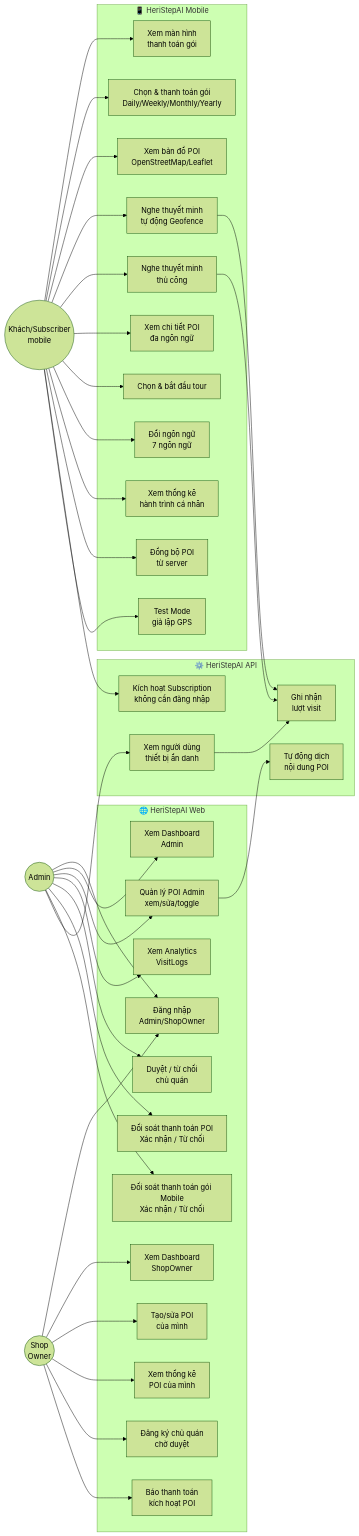
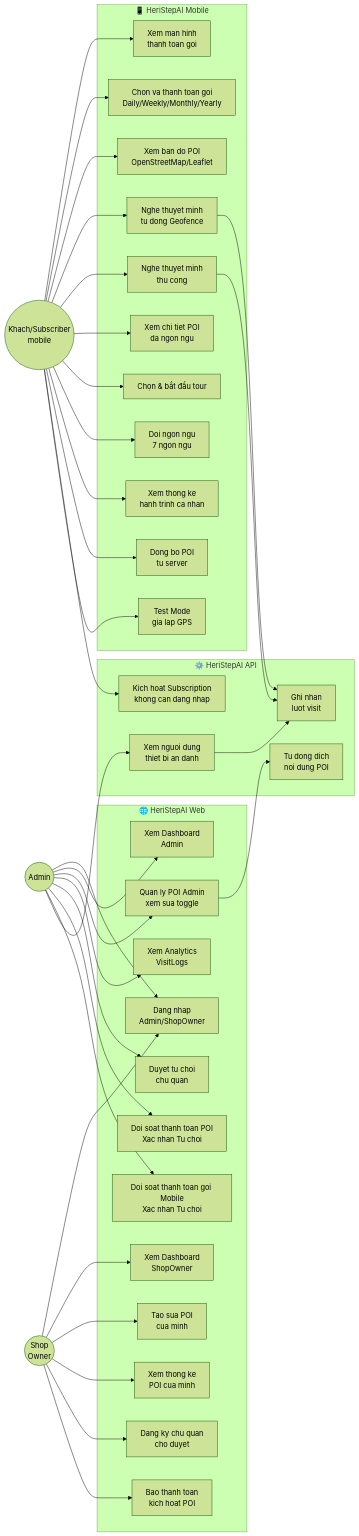
The seventh of 44 diagrams in docs/PRODUCT_REQUIREMENTS.md (KhanhChung2k5/k_tour), drawn with Mermaid (forest theme) before and after one commit. The commit also changed other lines of this file, not shown here.

Commit message:
Fix display diagram on github

````diff
--- a/docs/PRODUCT_REQUIREMENTS.md
+++ b/docs/PRODUCT_REQUIREMENTS.md
@@ -661,76 +661,76 @@
 ```mermaid
 graph LR
-    Guest((Khách/Subscriber\nmobile))
-    ShopOwner((Shop\nOwner))
+    Guest((Khach/Subscriber<br/>mobile))
+    ShopOwner((Shop<br/>Owner))
     Admin((Admin))
 
     subgraph Mobile["📱 HeriStepAI Mobile"]
-        UC1[Xem màn hình\nthanh toán gói]
-        UC2[Chọn & thanh toán gói\nDaily/Weekly/Monthly/Yearly]
-        UC3[Xem bản đồ POI\nOpenStreetMap/Leaflet]
-        UC4[Nghe thuyết minh\ntự động Geofence]
-        UC5[Nghe thuyết minh\nthủ công]
-        UC6[Xem chi tiết POI\nđa ngôn ngữ]
+        UC1[Xem man hinh<br/>thanh toan goi]
+        UC2[Chon va thanh toan goi<br/>Daily/Weekly/Monthly/Yearly]
+        UC3[Xem ban do POI<br/>OpenStreetMap/Leaflet]
+        UC4[Nghe thuyet minh<br/>tu dong Geofence]
+        UC5[Nghe thuyet minh<br/>thu cong]
+        UC6[Xem chi tiet POI<br/>da ngon ngu]
         UC7[Chọn & bắt đầu tour]
-        UC8[Đổi ngôn ngữ\n7 ngôn ngữ]
-        UC9[Xem thống kê\nhành trình cá nhân]
-        UC10[Đồng bộ POI\ntừ server]
-        UC11[Test Mode\ngiả lập GPS]
+        UC8[Doi ngon ngu<br/>7 ngon ngu]
+        UC9[Xem thong ke<br/>hanh trinh ca nhan]
+        UC10[Dong bo POI<br/>tu server]
+        UC11[Test Mode<br/>gia lap GPS]
     end
 
     subgraph Web["🌐 HeriStepAI Web"]
-        UC12[Đăng nhập\nAdmin/ShopOwner]
-        UC13[Xem Dashboard\nAdmin]
-        UC14[Quản lý POI Admin\nxem/sửa/toggle]
-        UC15[Xem Analytics\nVisitLogs]
-        UC16[Xem Dashboard\nShopOwner]
-        UC17[Tạo/sửa POI\ncủa mình]
-        UC18[Xem thống kê\nPOI của mình]
-        UC22[Đăng ký chủ quán\nchờ duyệt]
-        UC23[Duyệt / từ chối\nchủ quán]
-        UC24[Báo thanh toán\nkích hoạt POI]
-        UC25[Đối soát thanh toán POI\nXác nhận / Từ chối]
-        UC26[Đối soát thanh toán gói Mobile\nXác nhận / Từ chối]
+        UC12[Dang nhap<br/>Admin/ShopOwner]
+        UC13[Xem Dashboard<br/>Admin]
+        UC14[Quan ly POI Admin<br/>xem sua toggle]
+        UC15[Xem Analytics<br/>VisitLogs]
+        UC16[Xem Dashboard<br/>ShopOwner]
+        UC17[Tao sua POI<br/>cua minh]
+        UC18[Xem thong ke<br/>POI cua minh]
+        UC22[Dang ky chu quan<br/>cho duyet]
+        UC23[Duyet tu choi<br/>chu quan]
+        UC24[Bao thanh toan<br/>kich hoat POI]
+        UC25[Doi soat thanh toan POI<br/>Xac nhan Tu choi]
+        UC26[Doi soat thanh toan goi Mobile<br/>Xac nhan Tu choi]
     end
 
     subgraph API["⚙️ HeriStepAI API"]
-        UC19[Kích hoạt Subscription\nkhông cần đăng nhập]
-        UC20[Ghi nhận\nlượt visit]
-        UC21[Tự động dịch\nnội dung POI]
-        UC27[Xem người dùng\nthiết bị ẩn danh]
+        UC19[Kich hoat Subscription<br/>khong can dang nhap]
+        UC20[Ghi nhan<br/>luot visit]
+        UC21[Tu dong dich<br/>noi dung POI]
+        UC27[Xem nguoi dung<br/>thiet bi an danh]
     end
 
     Guest --> UC1
     Guest --> UC2
     Guest --> UC3
     Guest --> UC4
     Guest --> UC5
     Guest --> UC6
     Guest --> UC7
     Guest --> UC8
     Guest --> UC9
     Guest --> UC10
     Guest --> UC19
     Guest --> UC11
 
     ShopOwner --> UC12
     ShopOwner --> UC16
     ShopOwner --> UC17
     ShopOwner --> UC18
     ShopOwner --> UC22
     ShopOwner --> UC24
 
     Admin --> UC12
     Admin --> UC13
     Admin --> UC14
     Admin --> UC15
     Admin --> UC23
     Admin --> UC25
     Admin --> UC26
     Admin --> UC27
 
     UC4 --> UC20
     UC5 --> UC20
     UC14 --> UC21
     UC27 --> UC20
 ```
````
